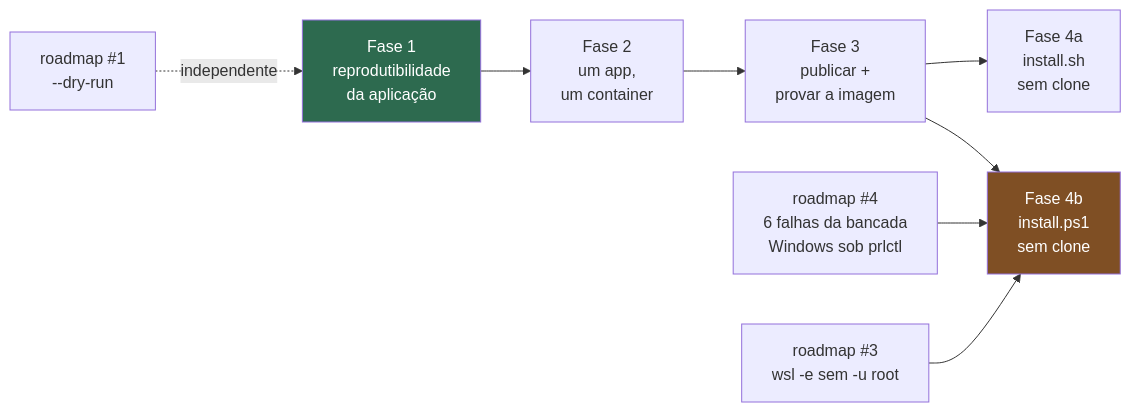
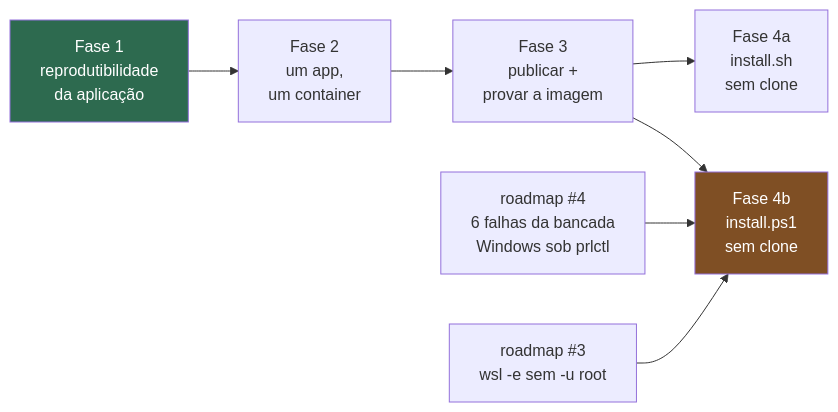
The diagram in docs/roadmap/distribuicao_build_imagens_ghcr.md (aleonnet/atlasfile), drawn with Mermaid before and after one commit. The commit also changed other lines of this file and 18 other files, not shown here.

````diff
--- a/docs/roadmap/distribuicao_build_imagens_ghcr.md
+++ b/docs/roadmap/distribuicao_build_imagens_ghcr.md
@@ -180,12 +190,11 @@
 ```mermaid
 graph LR
   F1["Fase 1<br/>reprodutibilidade<br/>da aplicação"] --> F2["Fase 2<br/>um app,<br/>um container"]
-  R1["roadmap #1<br/>--dry-run"] -.independente.-> F1
   F2 --> F3["Fase 3<br/>publicar +<br/>provar a imagem"]
   F3 --> F4a["Fase 4a<br/>install.sh<br/>sem clone"]
   F3 --> F4b["Fase 4b<br/>install.ps1<br/>sem clone"]
   R4["roadmap #4<br/>6 falhas da bancada<br/>Windows sob prlctl"] --> F4b
   R3["roadmap #3<br/>wsl -e sem -u root"] --> F4b
   style F1 fill:#2d6a4f,color:#fff
   style F4b fill:#7f4f24,color:#fff
 ```
````
